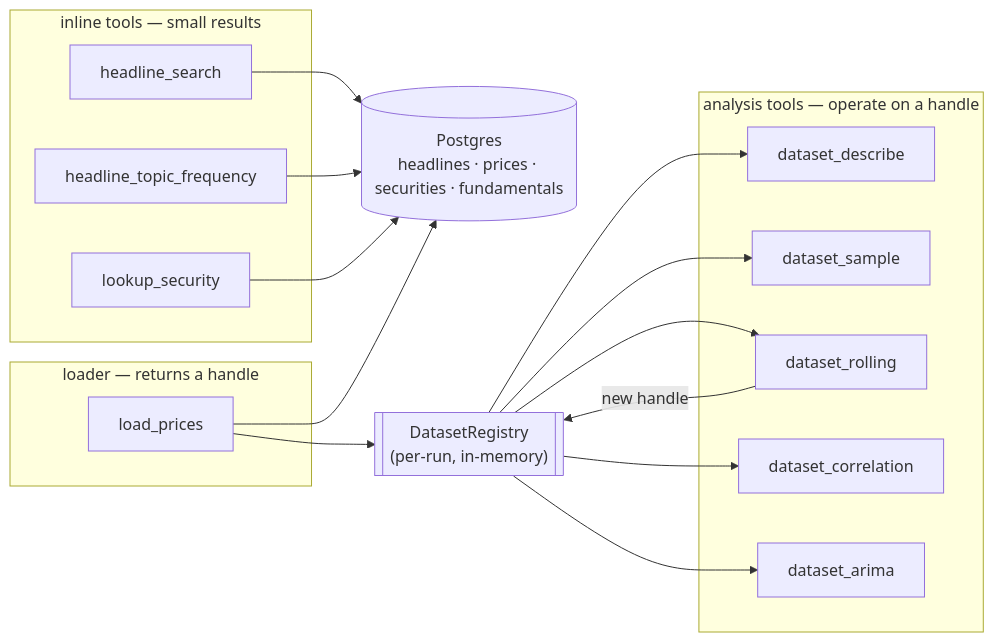
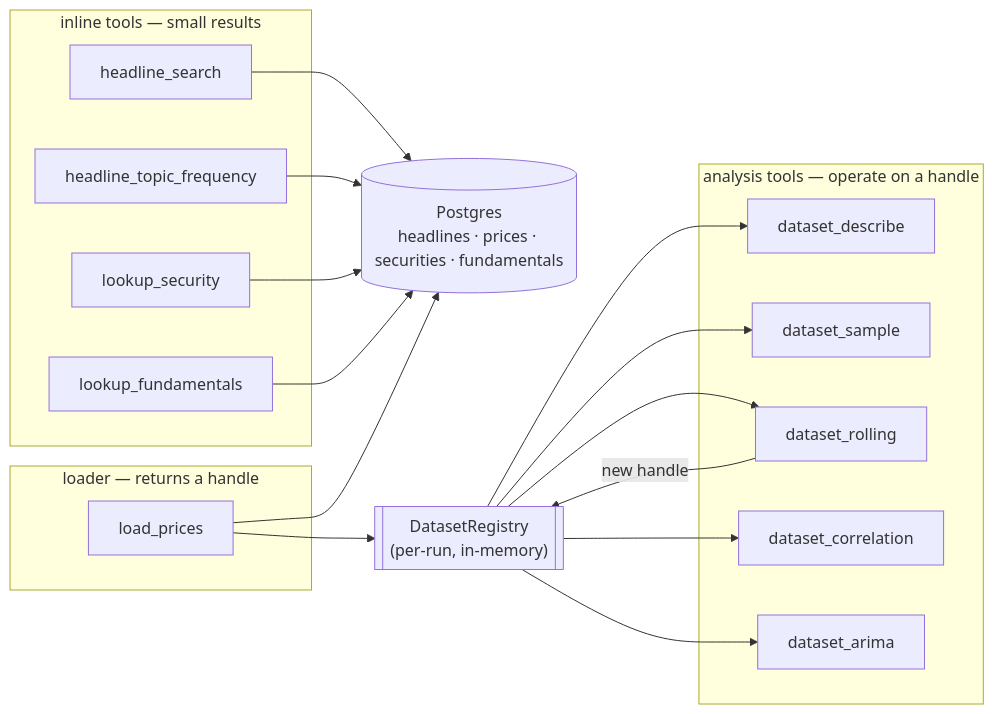
The fourth of 5 diagrams in ARCHITECTURE.md (11oyduhh/StockNewsAgent), drawn with Mermaid before and after one commit. The commit also changed 7 other files, not shown here.

````diff
--- a/ARCHITECTURE.md
+++ b/ARCHITECTURE.md
@@ -124,33 +124,35 @@
 ```mermaid
 graph LR
     subgraph INLINE["inline tools — small results"]
         I1["headline_search"]
         I2["headline_topic_frequency"]
         I3["lookup_security"]
+        I4["lookup_fundamentals"]
     end
     subgraph LOADERS["loader — returns a handle"]
         L1["load_prices"]
     end
     subgraph ANALYSIS["analysis tools — operate on a handle"]
         A1["dataset_describe"]
         A2["dataset_sample"]
         A3["dataset_rolling"]
         A4["dataset_correlation"]
         A5["dataset_arima"]
     end
 
     DB[("Postgres<br/>headlines · prices · securities · fundamentals")]
     REG[["DatasetRegistry<br/>(per-run, in-memory)"]]
 
     I1 --> DB
     I2 --> DB
     I3 --> DB
+    I4 --> DB
     L1 --> DB
     L1 --> REG
     REG --> A1
     REG --> A2
     REG --> A3
     REG --> A4
     REG --> A5
     A3 -->|"new handle"| REG
 ```
````
